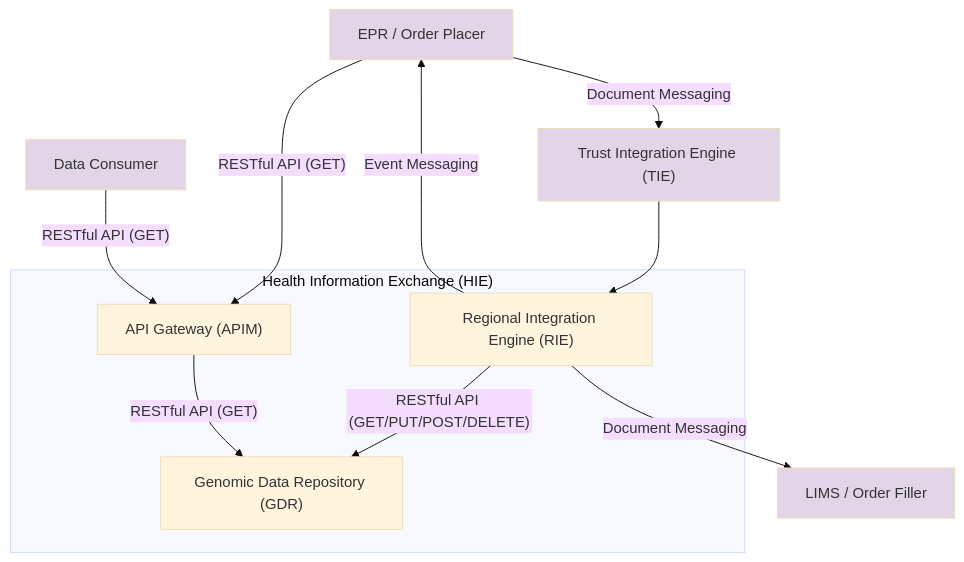
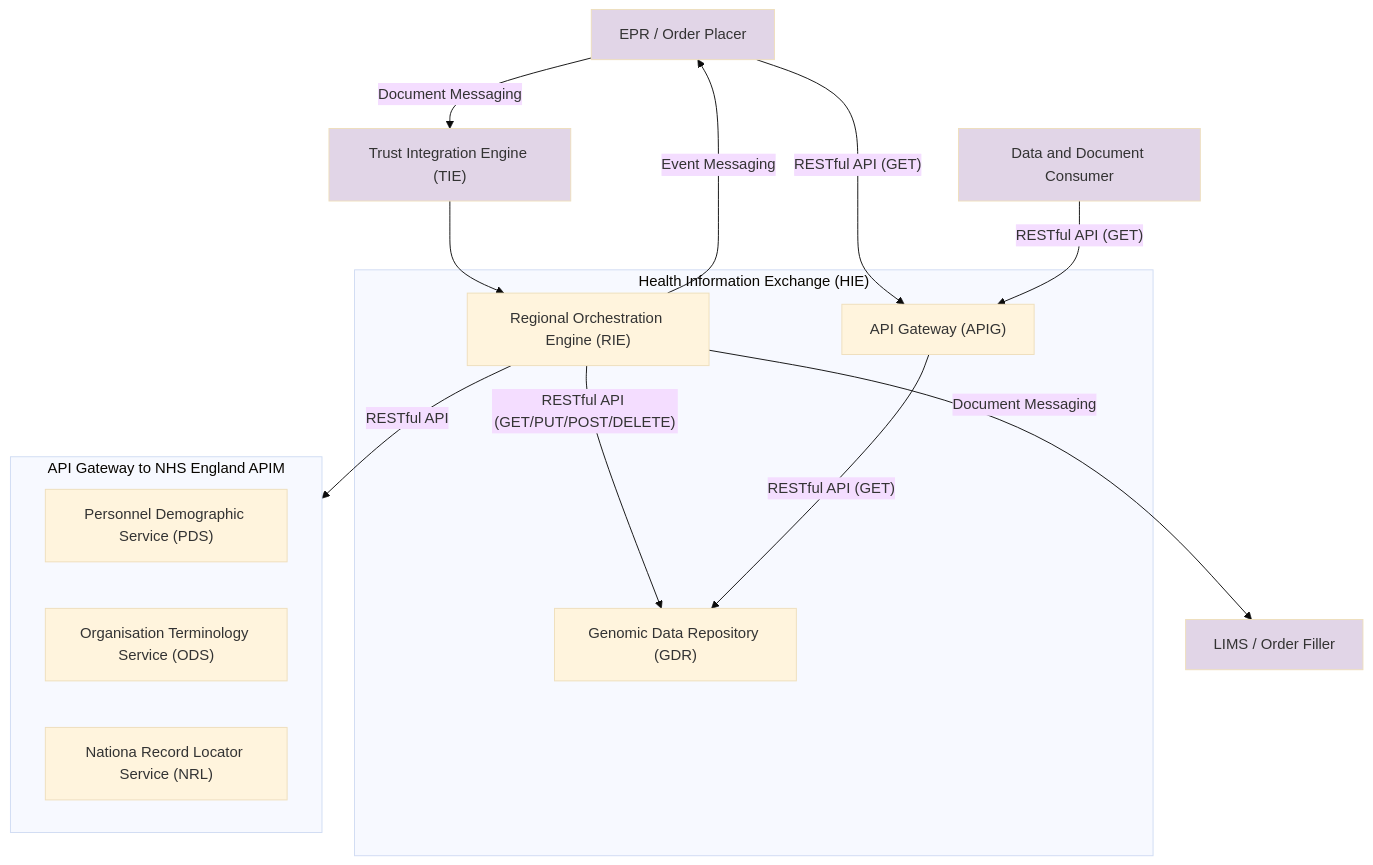
One commit to uk-gov-mirror/nw-gmsa.nw-gmsa.github.com changed the diagram in input/images/hie.mermaid. Above: the diagram before and after it, drawn with Mermaid (base theme). The commit also changed 1 other file, not shown here.

Commit message:
Overall design document

````diff
--- a/input/images/hie.mermaid
+++ b/input/images/hie.mermaid
@@ -1,26 +1,35 @@
 ```mermaid
 graph TD
 
 EPR[EPR / Order Placer]
 TIE["Trust Integration Engine (TIE)"]
+
 subgraph HIE["Health Information Exchange (HIE)"]
-    RIE["Regional Integration Engine (RIE)"]
+    RIE["Regional Orchestration Engine (RIE)"]
     GDR["Genomic Data Repository (GDR)"]
-   APIM["API Gateway (APIM)"]
+   APIG["API Gateway (APIG)"]
 end
+
+subgraph APIM[API Gateway to NHS England APIM]
+    PDS["Personnel Demographic Service (PDS)"]
+    ODS["Organisation Terminology Service (ODS)"]
+    NRL["Nationa Record Locator Service (NRL)"]
+end
+
 LIMS[LIMS / Order Filler]
-DC["Data Consumer"]
+DC["Data and Document Consumer"]
 
 
 EPR --> |Document Messaging| TIE
 TIE --> RIE
 RIE --> |Document Messaging| LIMS
 RIE --> |"RESTful API (GET/PUT/POST/DELETE)"| GDR
 RIE --> |Event Messaging| EPR
-EPR --> |"RESTful API (GET)"| APIM
-DC --> |"RESTful API (GET)"| APIM
-APIM --> |"RESTful API (GET)"| GDR
+EPR --> |"RESTful API (GET)"| APIG
+DC --> |"RESTful API (GET)"| APIG
+APIG --> |"RESTful API (GET)"| GDR
+RIE --> |RESTful API| APIM
 
 classDef purple fill:#E1D5E7;
 class EPR,TIE,LIMS,DC purple
 ```
````
